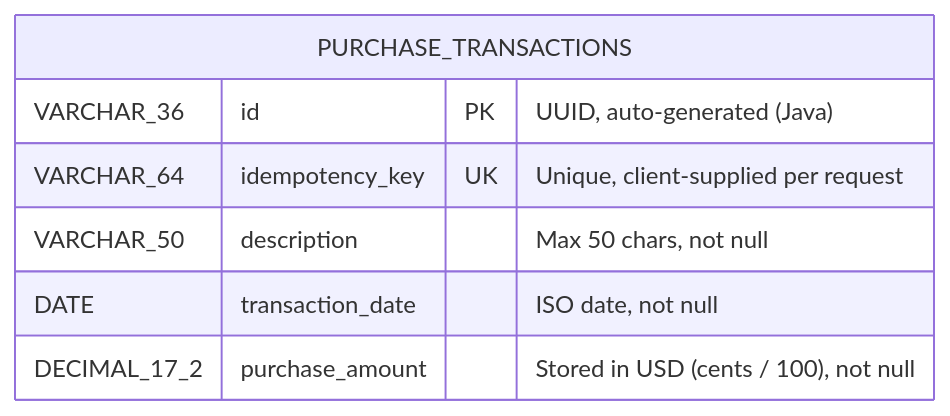
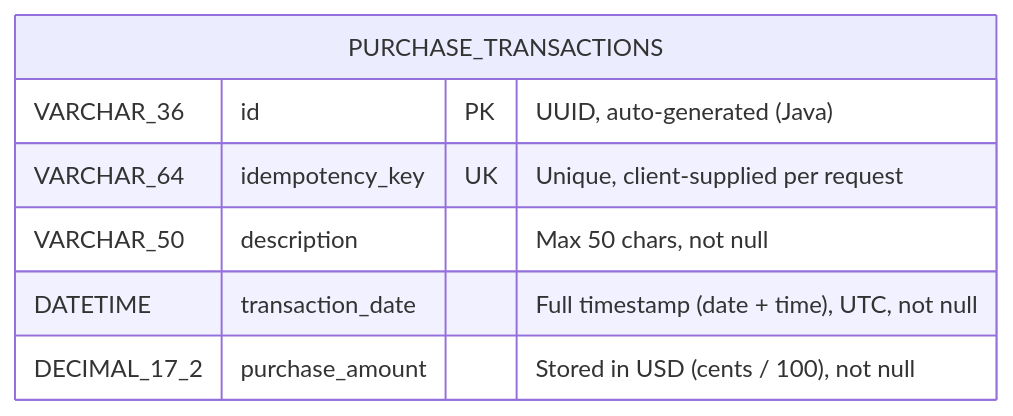
The diagram in TECH_SPEC.md (vinay-siripurapu/wex-purchase-api), drawn with Mermaid before and after one commit. The commit also changed other lines of this file and 18 other files, not shown here.

Commit message:
datetime for transaction

````diff
--- a/TECH_SPEC.md
+++ b/TECH_SPEC.md
@@ -210,10 +219,10 @@
 ```mermaid
 erDiagram
     PURCHASE_TRANSACTIONS {
         VARCHAR_36   id                PK  "UUID, auto-generated (Java)"
         VARCHAR_64   idempotency_key   UK  "Unique, client-supplied per request"
         VARCHAR_50   description           "Max 50 chars, not null"
-        DATE         transaction_date      "ISO date, not null"
+        DATETIME     transaction_date      "Full timestamp (date + time), UTC, not null"
         DECIMAL_17_2 purchase_amount       "Stored in USD (cents / 100), not null"
     }
 ```
````
